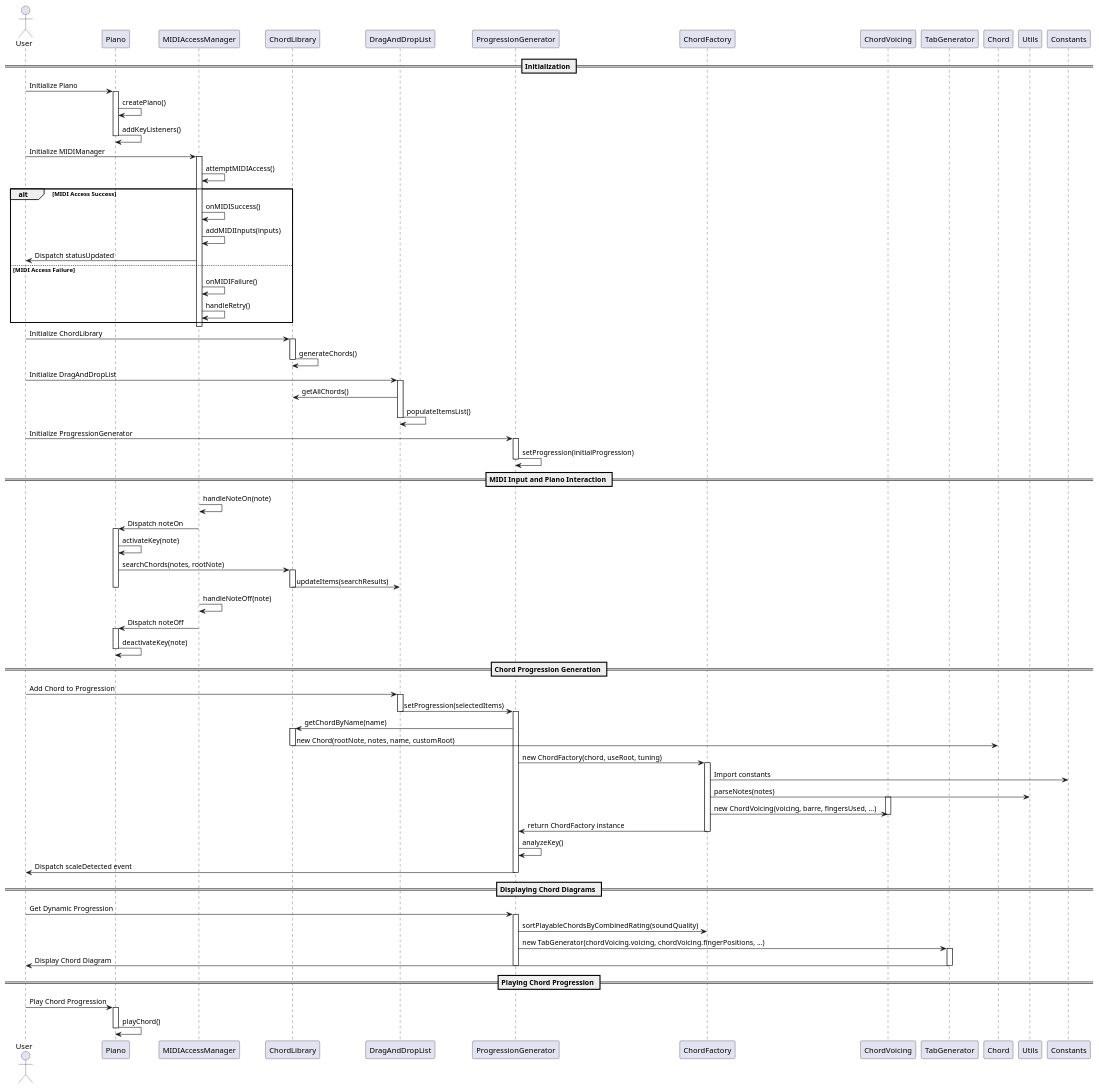
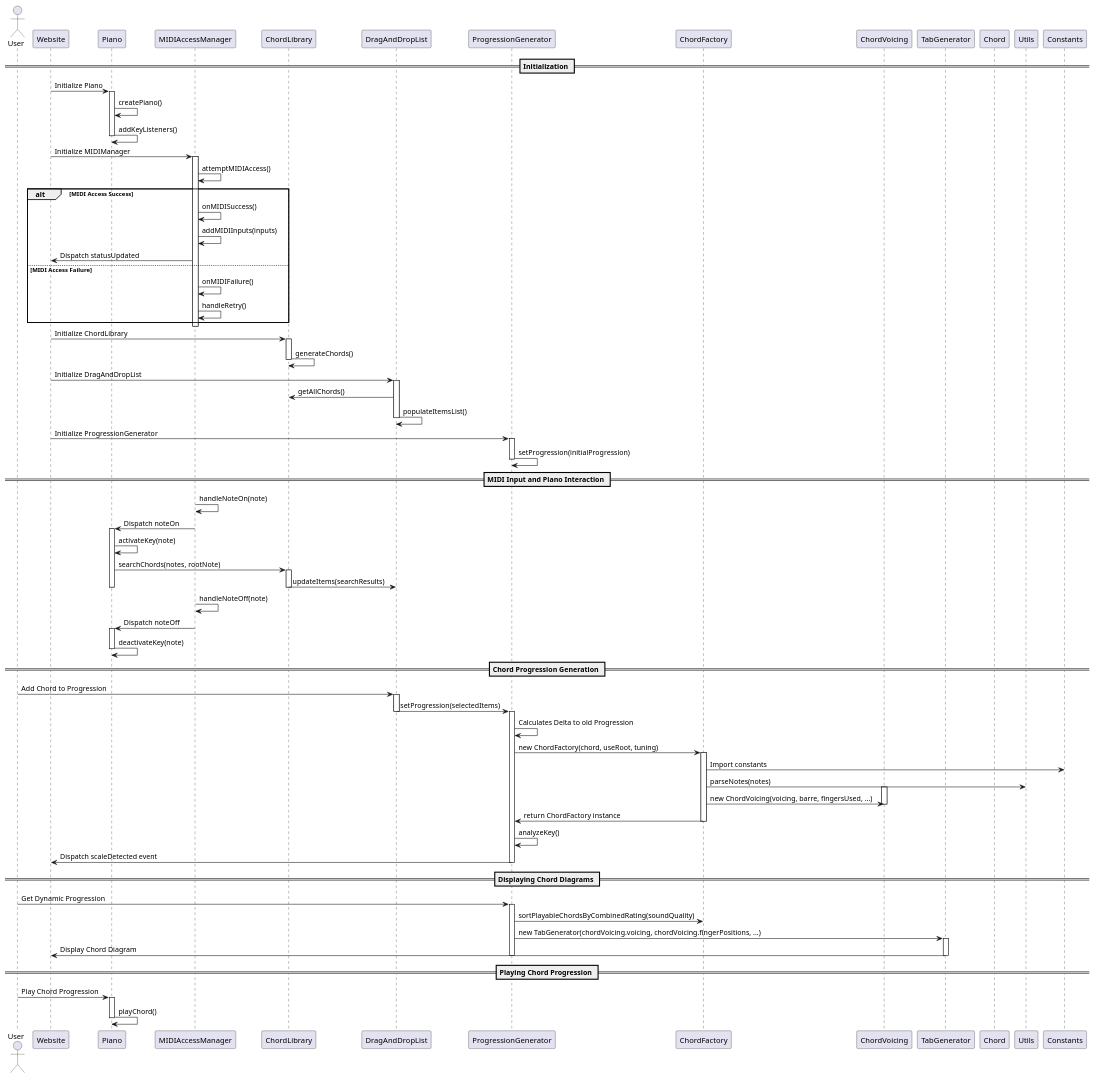
The diagram in documentation/sequence_diagram.puml (Lukhausen/Piano2Guitar), drawn with PlantUML before and after one commit.

```diff
--- a/documentation/sequence_diagram.puml
+++ b/documentation/sequence_diagram.puml
@@ -1,111 +1,110 @@
 @startuml
 
 actor User
 
+participant "Website" as Website
 participant "Piano" as Piano
 participant "MIDIAccessManager" as MIDIManager
 participant "ChordLibrary" as ChordLib
 participant "DragAndDropList" as DragDrop
 participant "ProgressionGenerator" as ProgGen
 participant "ChordFactory" as ChordFact
 participant "ChordVoicing" as ChordVoice
 participant "TabGenerator" as TabGen
 participant "Chord" as Chord
 participant "Utils" as Utils
 participant "Constants" as Constants
 
+
 == Initialization ==
-User -> Piano: Initialize Piano
+Website -> Piano: Initialize Piano
 activate Piano
 Piano -> Piano: createPiano()
 Piano -> Piano: addKeyListeners()
 deactivate Piano
 
-User -> MIDIManager: Initialize MIDIManager
+Website -> MIDIManager: Initialize MIDIManager
 activate MIDIManager
 MIDIManager -> MIDIManager: attemptMIDIAccess()
 alt MIDI Access Success
     MIDIManager -> MIDIManager: onMIDISuccess()
     MIDIManager -> MIDIManager: addMIDIInputs(inputs)
-    MIDIManager -> User: Dispatch statusUpdated
+    MIDIManager -> Website: Dispatch statusUpdated
 else MIDI Access Failure
     MIDIManager -> MIDIManager: onMIDIFailure()
     MIDIManager -> MIDIManager: handleRetry()
 end
 deactivate MIDIManager
 
-User -> ChordLib: Initialize ChordLibrary
+Website -> ChordLib: Initialize ChordLibrary
 activate ChordLib
 ChordLib -> ChordLib: generateChords()
 deactivate ChordLib
 
-User -> DragDrop: Initialize DragAndDropList
+Website -> DragDrop: Initialize DragAndDropList
 activate DragDrop
 DragDrop -> ChordLib: getAllChords()
 DragDrop -> DragDrop: populateItemsList()
 deactivate DragDrop
 
-User -> ProgGen: Initialize ProgressionGenerator
+Website -> ProgGen: Initialize ProgressionGenerator
 activate ProgGen
 ProgGen -> ProgGen: setProgression(initialProgression)
 deactivate ProgGen
 
 == MIDI Input and Piano Interaction ==
 MIDIManager -> MIDIManager: handleNoteOn(note)
 MIDIManager -> Piano: Dispatch noteOn
 activate Piano
 Piano -> Piano: activateKey(note)
 Piano -> ChordLib: searchChords(notes, rootNote)
 activate ChordLib
 ChordLib -> DragDrop: updateItems(searchResults)
 deactivate ChordLib
 deactivate Piano
 
 MIDIManager -> MIDIManager: handleNoteOff(note)
 MIDIManager -> Piano: Dispatch noteOff
 activate Piano
 Piano -> Piano: deactivateKey(note)
 deactivate Piano
 
 == Chord Progression Generation ==
 User -> DragDrop: Add Chord to Progression
 activate DragDrop
 DragDrop -> ProgGen: setProgression(selectedItems)
 deactivate DragDrop
 
 activate ProgGen
-ProgGen -> ChordLib: getChordByName(name)
-activate ChordLib
-ChordLib -> Chord: new Chord(rootNote, notes, name, customRoot)
-deactivate ChordLib
+ProgGen -> ProgGen: Calculates Delta to old Progression
 ProgGen -> ChordFact: new ChordFactory(chord, useRoot, tuning)
 activate ChordFact
 ChordFact -> Constants: Import constants
 ChordFact -> Utils: parseNotes(notes)
 activate ChordVoice
 ChordFact -> ChordVoice: new ChordVoicing(voicing, barre, fingersUsed, ...)
 deactivate ChordVoice
 ChordFact -> ProgGen: return ChordFactory instance
 deactivate ChordFact
 
 ProgGen -> ProgGen: analyzeKey()
-ProgGen -> User: Dispatch scaleDetected event
+ProgGen -> Website: Dispatch scaleDetected event
 deactivate ProgGen
 
 == Displaying Chord Diagrams ==
 User -> ProgGen: Get Dynamic Progression
 activate ProgGen
 ProgGen -> ChordFact: sortPlayableChordsByCombinedRating(soundQuality)
 ProgGen -> TabGen: new TabGenerator(chordVoicing.voicing, chordVoicing.fingerPositions, ...)
 activate TabGen
-TabGen -> User: Display Chord Diagram
+TabGen -> Website: Display Chord Diagram
 deactivate TabGen
 deactivate ProgGen
 
 == Playing Chord Progression ==
 User -> Piano: Play Chord Progression
 activate Piano
 Piano -> Piano: playChord()
 deactivate Piano
 
 @enduml
```
